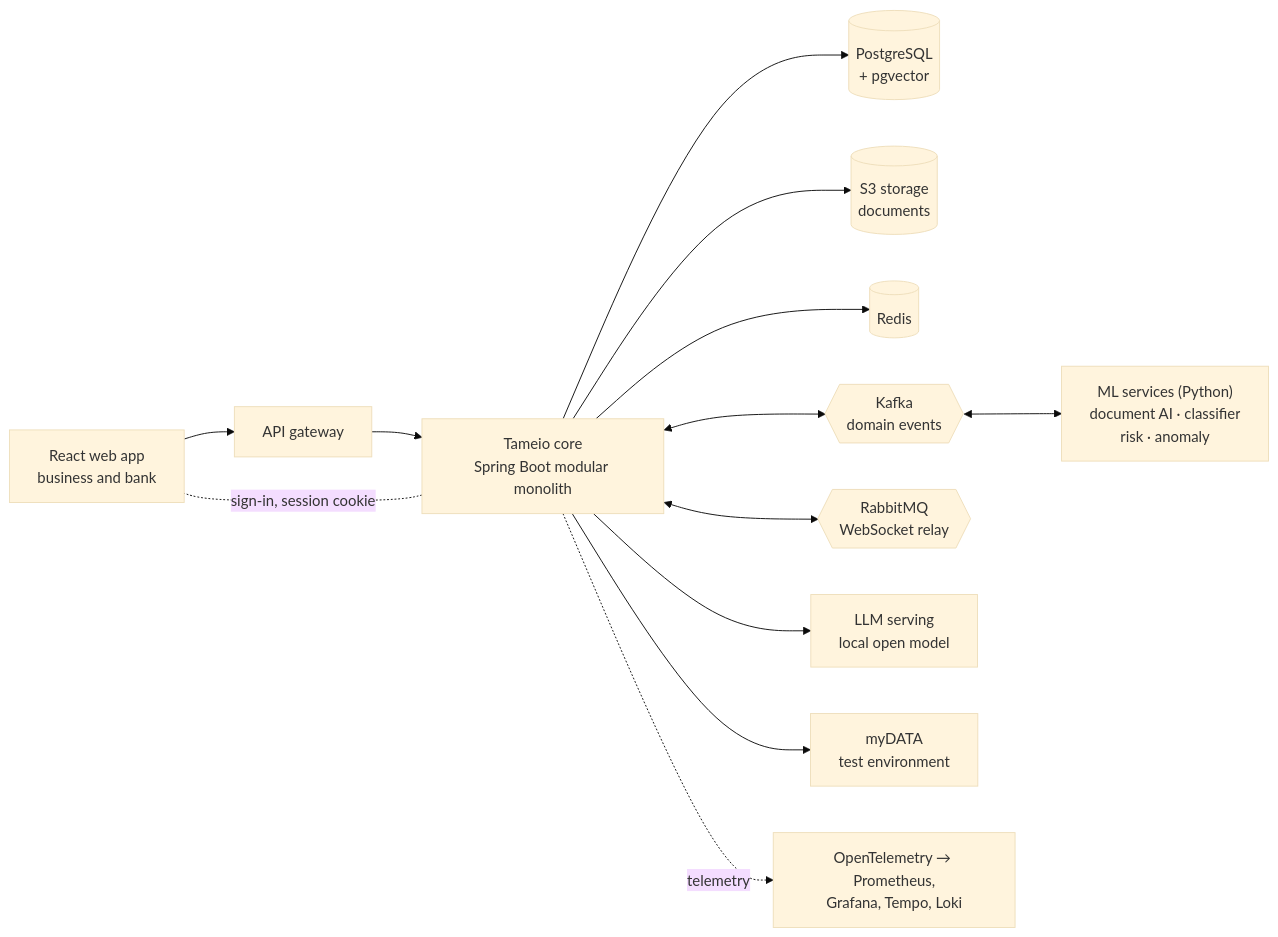
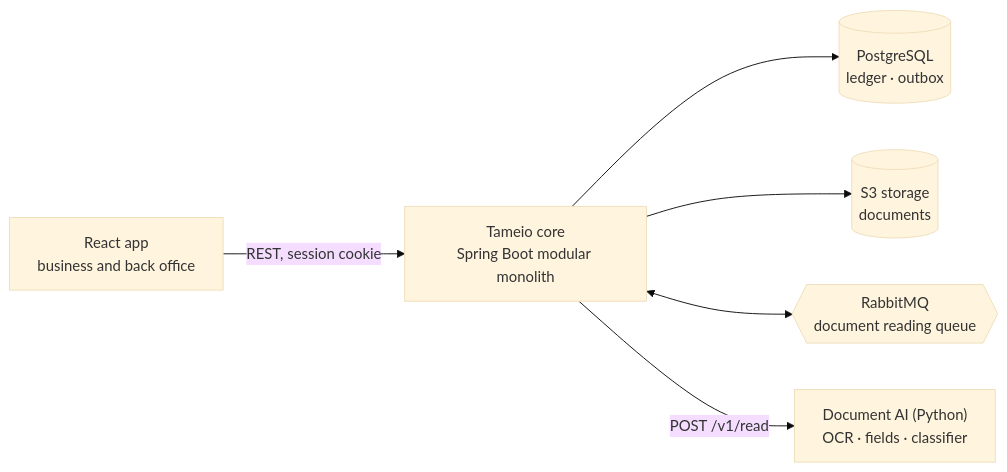
The diagram in docs/design.md (edisban/Tameio), drawn with Mermaid (base theme) before and after one commit. The commit also changed other lines of this file and 47 other files, not shown here.

First line of the commit message:
Add core banking: current accounts with IBANs on a double-entry ledger

````diff
--- a/docs/design.md
+++ b/docs/design.md
@@ -81,15 +71,8 @@
 ```mermaid
 flowchart LR
-    W["React web app<br/>business and bank"] --> GW["API gateway"]
-    GW --> APP["Tameio core<br/>Spring Boot modular monolith"]
-    APP --> PG[("PostgreSQL<br/>+ pgvector")]
+    W["React app<br/>business and back office"] -- "REST, session cookie" --> APP["Tameio core<br/>Spring Boot modular monolith"]
+    APP --> PG[("PostgreSQL<br/>ledger · outbox")]
     APP --> S3[("S3 storage<br/>documents")]
-    APP --> R[("Redis")]
-    APP <--> K{{"Kafka<br/>domain events"}}
-    APP <--> MQ{{"RabbitMQ<br/>WebSocket relay"}}
-    K <--> ML["ML services (Python)<br/>document AI · classifier<br/>risk · anomaly"]
-    APP --> LLM["LLM serving<br/>local open model"]
-    APP --> AADE["myDATA<br/>test environment"]
-    APP -. "sign-in, session cookie" .- W
-    APP -. telemetry .-> OBS["OpenTelemetry → Prometheus,<br/>Grafana, Tempo, Loki"]
+    APP <--> MQ{{"RabbitMQ<br/>document reading queue"}}
+    APP -- "POST /v1/read" --> ML["Document AI (Python)<br/>OCR · fields · classifier"]
 ```
````
